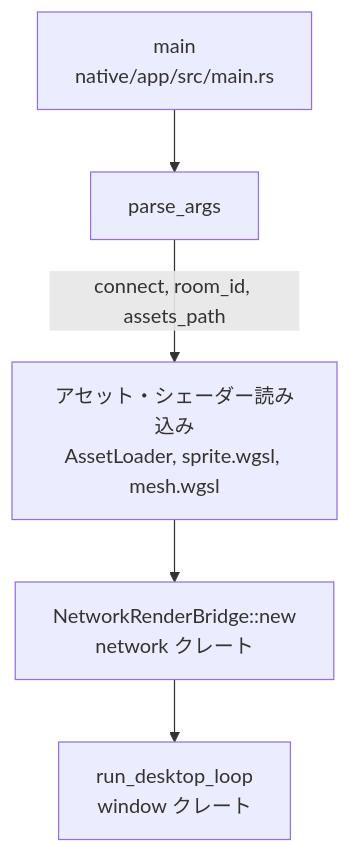
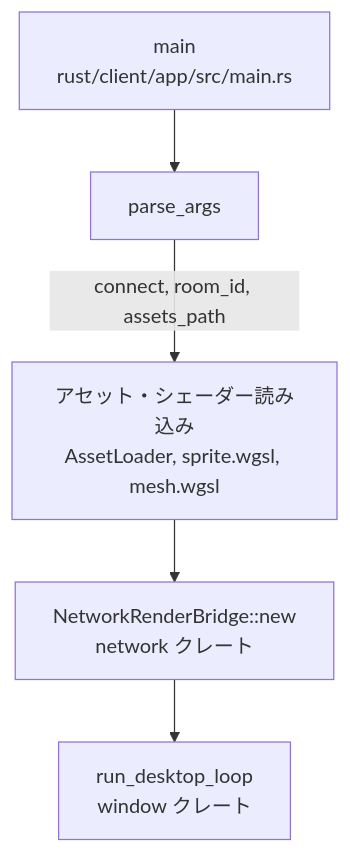
Before and after one commit to FRICK-ELDY/alchemy-engine: the fourth of 5 diagrams in docs/architecture/rust/desktop_client.md, drawn with Mermaid. The commit also changed other lines of this file and 122 other files, not shown here.

````diff
--- a/docs/architecture/rust/desktop_client.md
+++ b/docs/architecture/rust/desktop_client.md
@@ -125,13 +125,13 @@
 ```mermaid
 flowchart TD
-    MAIN[main<br/>native/app/src/main.rs]
+    MAIN[main<br/>rust/client/app/src/main.rs]
     PARSE[parse_args]
     LOAD[アセット・シェーダー読み込み<br/>AssetLoader, sprite.wgsl, mesh.wgsl]
     BRIDGE[NetworkRenderBridge::new<br/>network クレート]
     LOOP[run_desktop_loop<br/>window クレート]
 
     MAIN --> PARSE
     PARSE -->|connect, room_id, assets_path| LOAD
     LOAD --> BRIDGE
     BRIDGE --> LOOP
 ```
````
